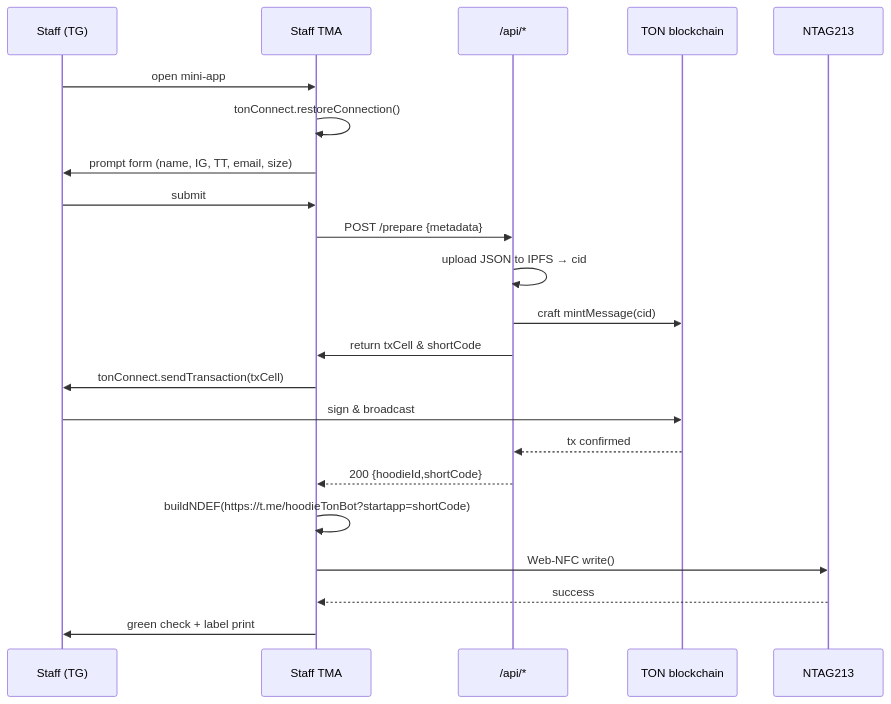
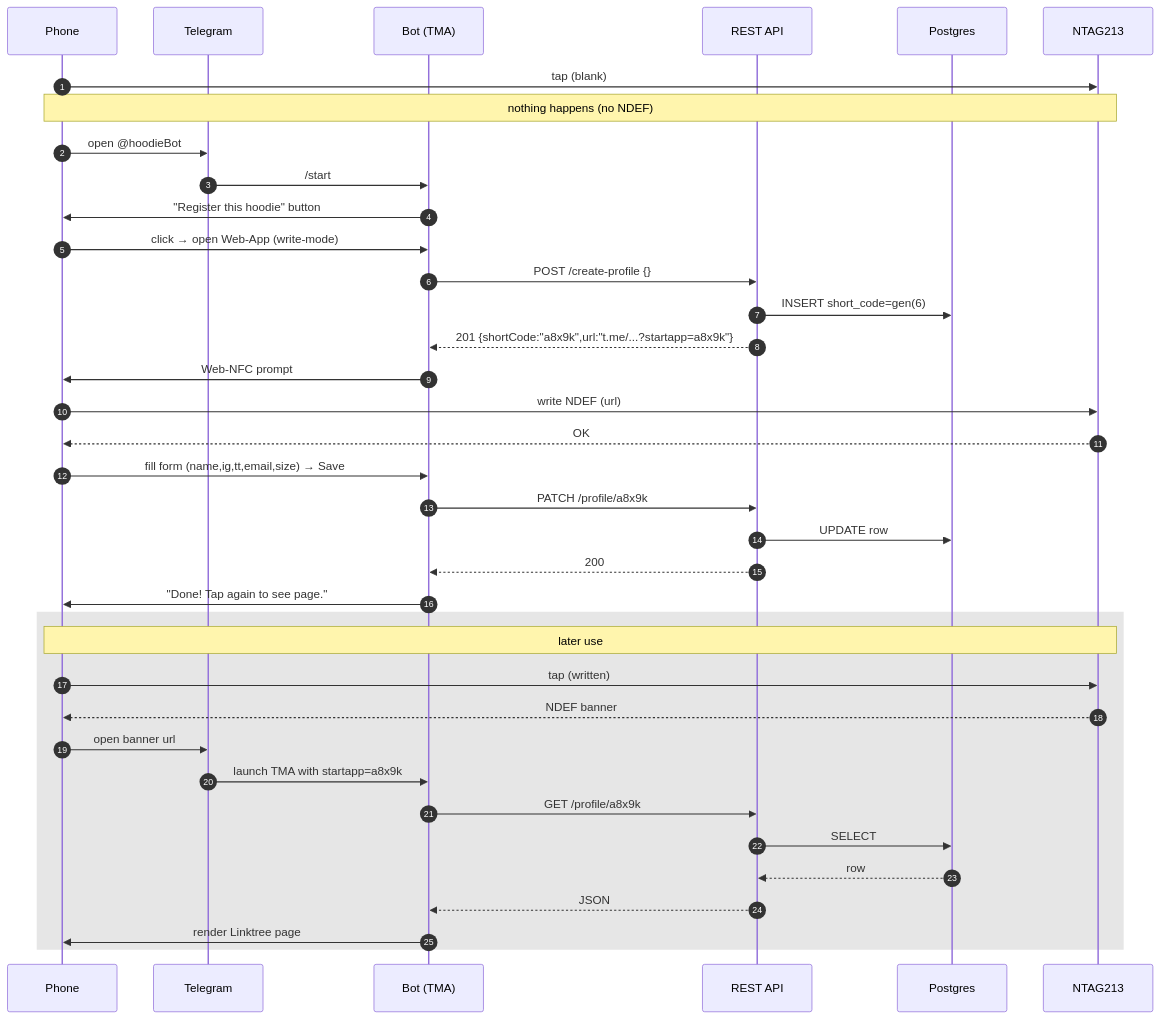
One commit to madschristensen99/nfcTON changed the diagram in README.md. Above: the diagram before and after it, drawn with Mermaid. The commit also changed other lines of this file, not shown here.

````diff
--- a/README.md
+++ b/README.md
@@ -65,25 +10,41 @@
 ```mermaid
 sequenceDiagram
-    participant S as Staff (TG)
-    participant TMA as Staff TMA
-    participant API as /api/*
-    participant TON as TON blockchain
-    participant NFC as NTAG213
+    autonumber
+    participant A as Phone
+    participant TG as Telegram
+    participant Bot as Bot (TMA)
+    participant API as REST API
+    participant DB as Postgres
+    participant Tag as NTAG213
 
-    S->>TMA: open mini-app
-    TMA->>TMA: tonConnect.restoreConnection()
-    TMA->>S: prompt form (name, IG, TT, email, size)
-    S->>TMA: submit
-    TMA->>API: POST /prepare {metadata}
-    API->>API: upload JSON to IPFS → cid
-    API->>TON: craft mintMessage(cid)
-    API->>TMA: return txCell & shortCode
-    TMA->>S: tonConnect.sendTransaction(txCell)
-    S->>TON: sign & broadcast
-    TON-->>API: tx confirmed
-    API-->>TMA: 200 {hoodieId,shortCode}
-    TMA->>TMA: buildNDEF(https://t.me/hoodieTonBot?startapp=shortCode)
-    TMA->>NFC: Web-NFC write()
-    NFC-->>TMA: success
-    TMA->>S: green check + label print
+    A->>Tag: tap (blank)
+    Note over A,Tag: nothing happens (no NDEF)
+    A->>TG: open @hoodieBot
+    TG->>Bot: /start
+    Bot->>A: "Register this hoodie" button
+    A->>Bot: click → open Web-App (write-mode)
+    Bot->>API: POST /create-profile {}
+    API->>DB: INSERT short_code=gen(6)
+    API-->>Bot: 201 {shortCode:"a8x9k",url:"t.me/...?startapp=a8x9k"}
+    Bot->>A: Web-NFC prompt
+    A->>Tag: write NDEF (url)
+    Tag-->>A: OK
+    A->>Bot: fill form (name,ig,tt,email,size) → Save
+    Bot->>API: PATCH /profile/a8x9k
+    API->>DB: UPDATE row
+    API-->>Bot: 200
+    Bot->>A: "Done! Tap again to see page."
+
+    rect rgb(230,230,230)
+    Note over A,Tag: later use
+    A->>Tag: tap (written)
+    Tag-->>A: NDEF banner
+    A->>TG: open banner url
+    TG->>Bot: launch TMA with startapp=a8x9k
+    Bot->>API: GET /profile/a8x9k
+    API->>DB: SELECT
+    DB-->>API: row
+    API-->>Bot: JSON
+    Bot->>A: render Linktree page
+    end
 ```
````
